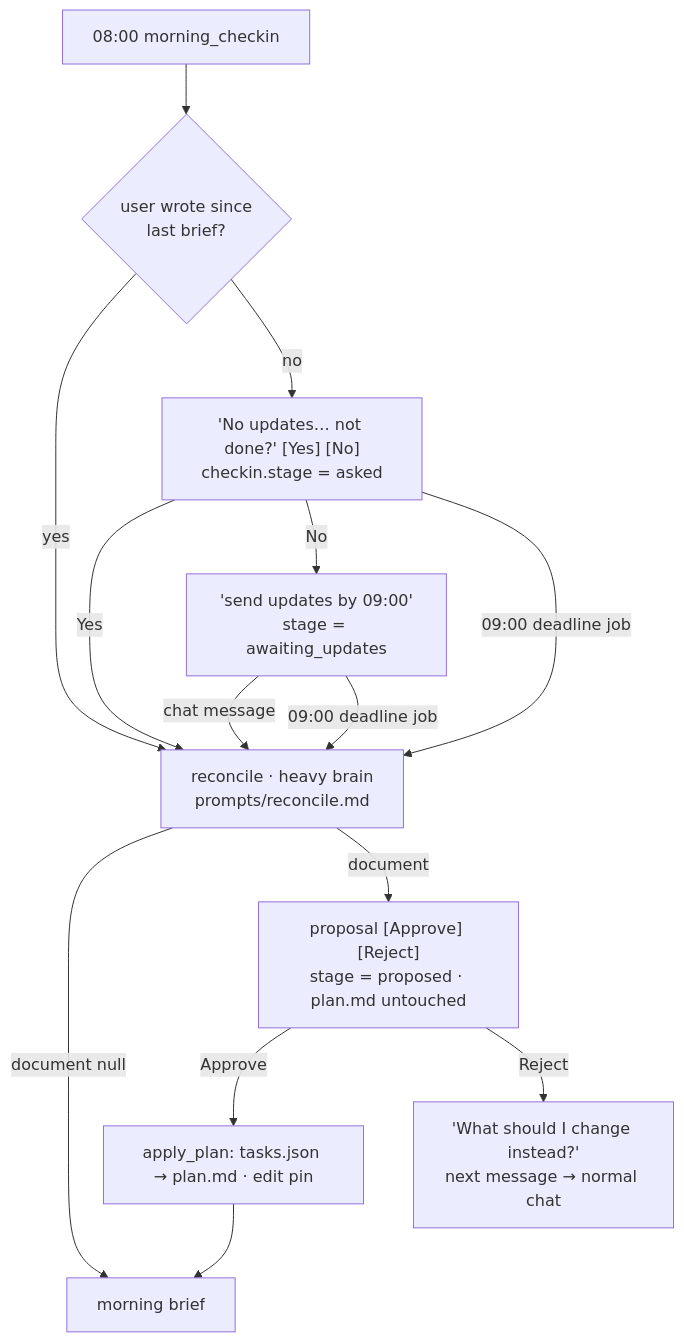
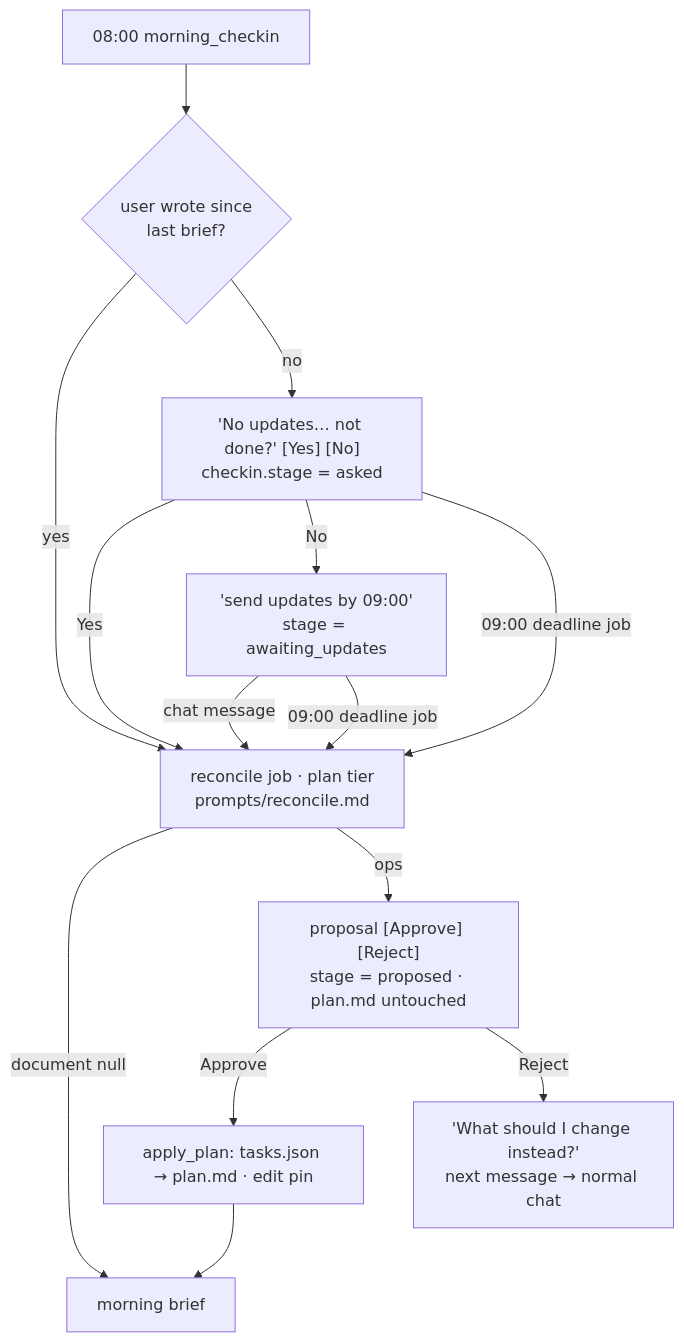
Diagram 13 of 19 in docs/ARCHITECTURE.md (vovka/mentor-bot), drawn with Mermaid before and after one commit. The commit also changed other lines of this file and 2 other files, not shown here.

First line of the commit message:
Docs: durable queue, patch replan, plan tier, concurrent chat, /cancel

````diff
--- a/docs/ARCHITECTURE.md
+++ b/docs/ARCHITECTURE.md
@@ -335,14 +363,14 @@
 ```mermaid
 flowchart TB
   M["08:00 morning_checkin"] --> W{user wrote since<br/>last brief?}
   W -- yes --> R
   W -- no --> Q["'No updates… not done?' [Yes] [No]<br/>checkin.stage = asked"]
   Q -- Yes --> R
   Q -- No --> AW["'send updates by 09:00'<br/>stage = awaiting_updates"]
   AW -- chat message --> R
   Q & AW -- "09:00 deadline job" --> R
-  R["reconcile · heavy brain<br/>prompts/reconcile.md"] -- "document null" --> B[morning brief]
-  R -- document --> P["proposal [Approve] [Reject]<br/>stage = proposed · plan.md untouched"]
+  R["reconcile job · plan tier<br/>prompts/reconcile.md"] -- "document null" --> B[morning brief]
+  R -- ops --> P["proposal [Approve] [Reject]<br/>stage = proposed · plan.md untouched"]
   P -- Approve --> AP["apply_plan: tasks.json → plan.md · edit pin"] --> B
   P -- Reject --> RJ["'What should I change instead?'<br/>next message → normal chat"]
 ```
````
